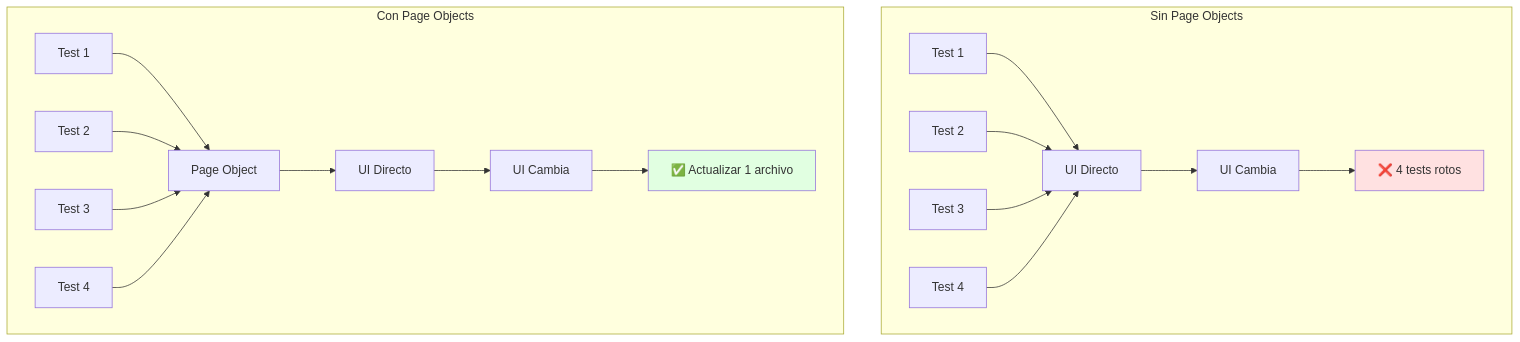
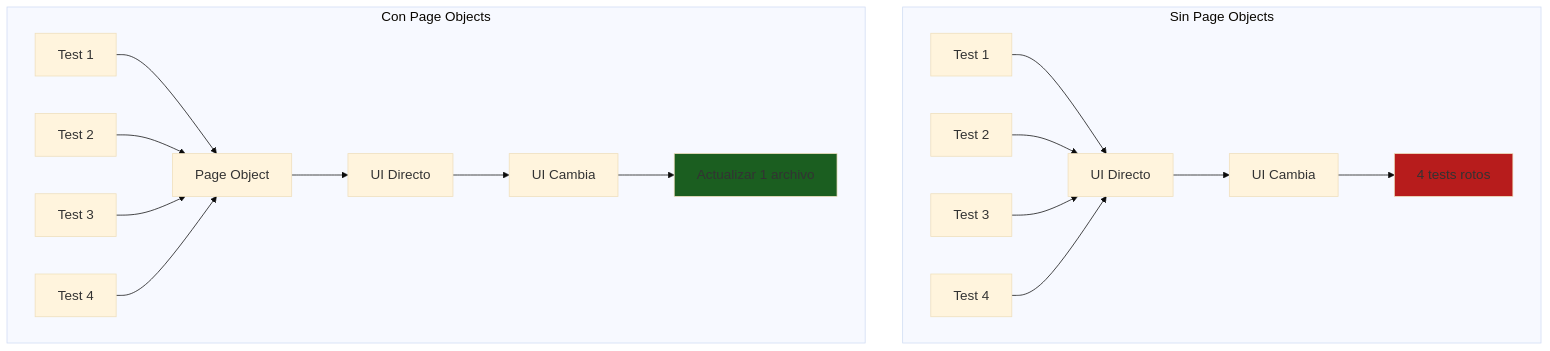
The first of 2 diagrams in courses/🟡-development/FPUNA-2026/01-DESARROLLO-SOFTWARE/especializaciones/qa-automation/03-arquitectura-pruebas.md (Ai-Whisperers/Courses-Content), drawn with Mermaid before and after one commit. The commit also changed other lines of this file and 47 other files, not shown here.

First line of the commit message:
fix: Make all 473 diagrams WCAG AAA accessible (FPUNA-2026)

````diff
--- a/courses/🟡-development/FPUNA-2026/01-DESARROLLO-SOFTWARE/especializaciones/qa-automation/03-arquitectura-pruebas.md
+++ b/courses/🟡-development/FPUNA-2026/01-DESARROLLO-SOFTWARE/especializaciones/qa-automation/03-arquitectura-pruebas.md
@@ -345,26 +345,27 @@
 ```mermaid
+%%{init: {'theme':'base', 'themeVariables': {'fontSize':'18px'}}}%%
 graph TD
     subgraph "Sin Page Objects"
         A1[Test 1] --> UI[UI Directo]
         A2[Test 2] --> UI
         A3[Test 3] --> UI
         A4[Test 4] --> UI
         
         UI --> Change[UI Cambia]
-        Change --> Break[❌ 4 tests rotos]
+        Change --> Break[4 tests rotos]
     end
     
     subgraph "Con Page Objects"
         B1[Test 1] --> PO[Page Object]
         B2[Test 2] --> PO
         B3[Test 3] --> PO
         B4[Test 4] --> PO
         
         PO --> UI2[UI Directo]
         UI2 --> Change2[UI Cambia]
-        Change2 --> Fix[✅ Actualizar 1 archivo]
+        Change2 --> Fix[Actualizar 1 archivo]
     end
     
-    style Break fill:#FFE1E1
-    style Fix fill:#E1FFE1
+    style Break fill:#b71c1c
+    style Fix fill:#1b5e20
 ```
````
